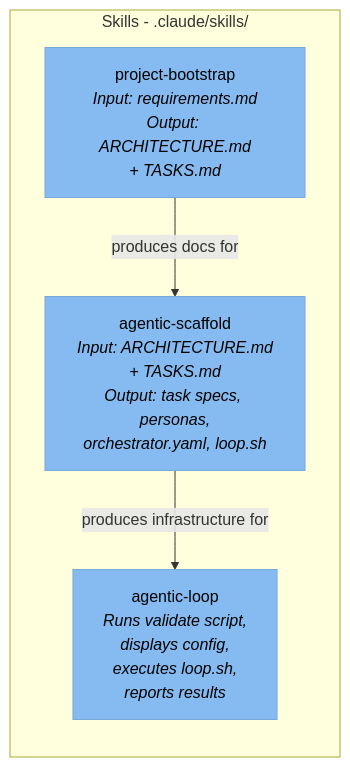
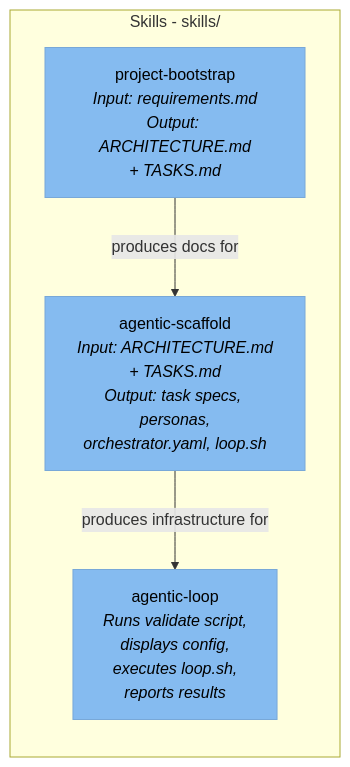
The third of 3 diagrams in docs/c4/l3-c4-component.md (jewzaam/dev-and-ai-tools), drawn with Mermaid before and after one commit. The commit also changed 8 other files, not shown here.

First line of the commit message:
fix(plugin): correct marketplace schema and attribute authorship

````diff
--- a/docs/c4/l3-c4-component.md
+++ b/docs/c4/l3-c4-component.md
@@ -55,13 +55,13 @@
 ```mermaid
 flowchart LR
     classDef component fill:#85bbf0,color:#000,stroke:#78a8d8
 
-    subgraph skills["Skills - .claude/skills/"]
+    subgraph skills["Skills - skills/"]
         bootstrap["project-bootstrap<br/><i>Input: requirements.md<br/>Output: ARCHITECTURE.md<br/>+ TASKS.md</i>"]:::component
         scaffold["agentic-scaffold<br/><i>Input: ARCHITECTURE.md<br/>+ TASKS.md<br/>Output: task specs, personas,<br/>orchestrator.yaml, loop.sh</i>"]:::component
         aloop["agentic-loop<br/><i>Runs validate script,<br/>displays config,<br/>executes loop.sh,<br/>reports results</i>"]:::component
     end
 
     bootstrap -->|"produces docs for"| scaffold
     scaffold -->|"produces infrastructure for"| aloop
 ```
````
